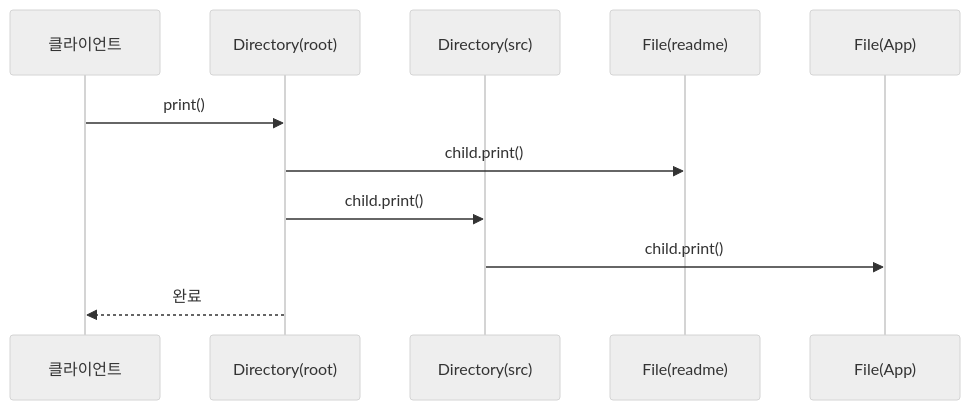
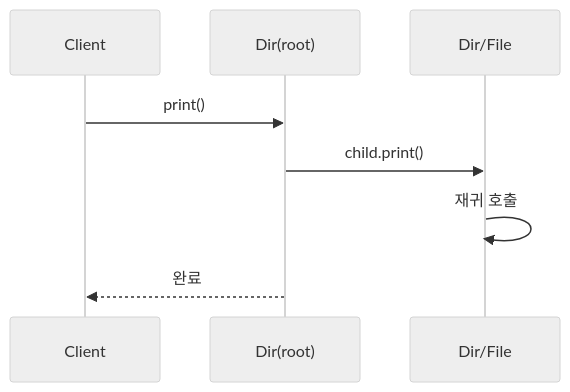
One commit to yjkim2015/yjkim2015.github.io changed the second of 2 diagrams in _posts/designPattern/2022-01-20-CompositePattern.md. Above: the diagram before and after it, drawn with Mermaid (neutral theme). The commit also changed 155 other files, not shown here.

First line of the commit message:
Mermaid 전면 수정: subgraph 제거, participant/노드/줄수 축소 (342블록)

````diff
--- a/_posts/designPattern/2022-01-20-CompositePattern.md
+++ b/_posts/designPattern/2022-01-20-CompositePattern.md
@@ -263,13 +263,10 @@
 ```mermaid
 sequenceDiagram
-    participant C as 클라이언트
-    participant R as Directory(root)
-    participant D as Directory(src)
-    participant F1 as File(readme)
-    participant F2 as File(App)
+    participant C as Client
+    participant R as Dir(root)
+    participant D as Dir/File
     C->>R: print()
-    R->>F1: child.print()
     R->>D: child.print()
-    D->>F2: child.print()
+    D->>D: 재귀 호출
     R-->>C: 완료
 ```
````
